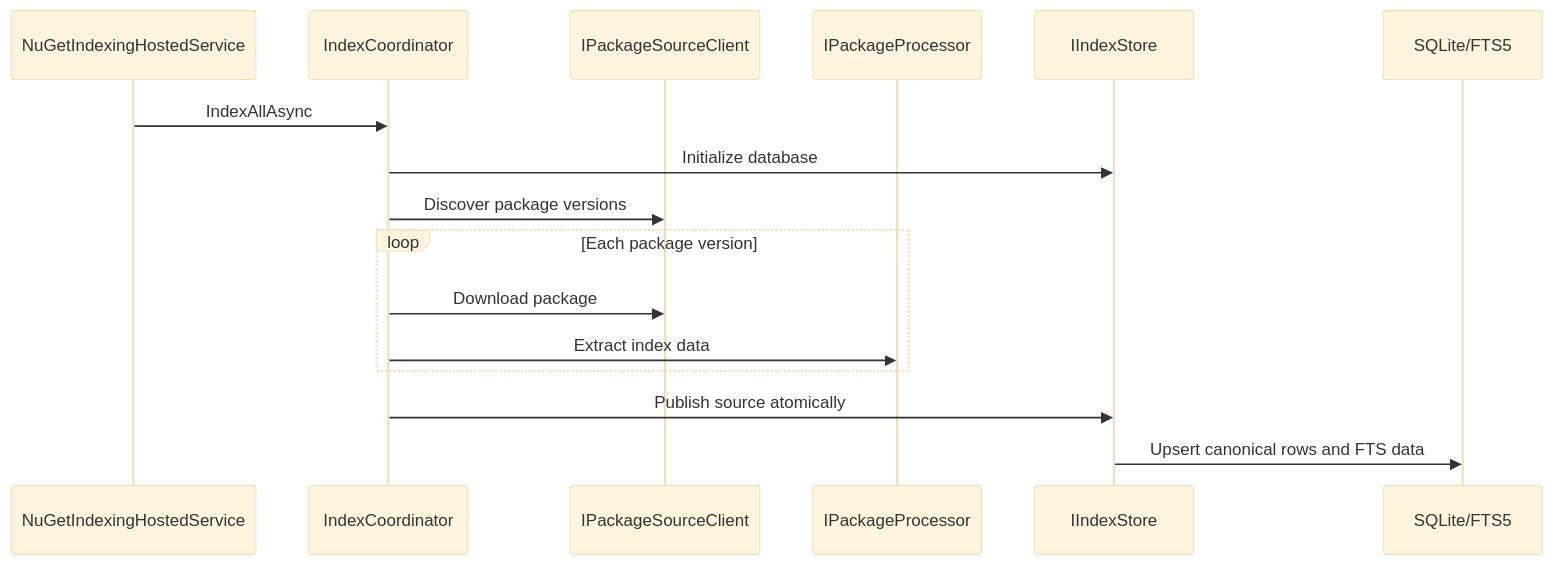
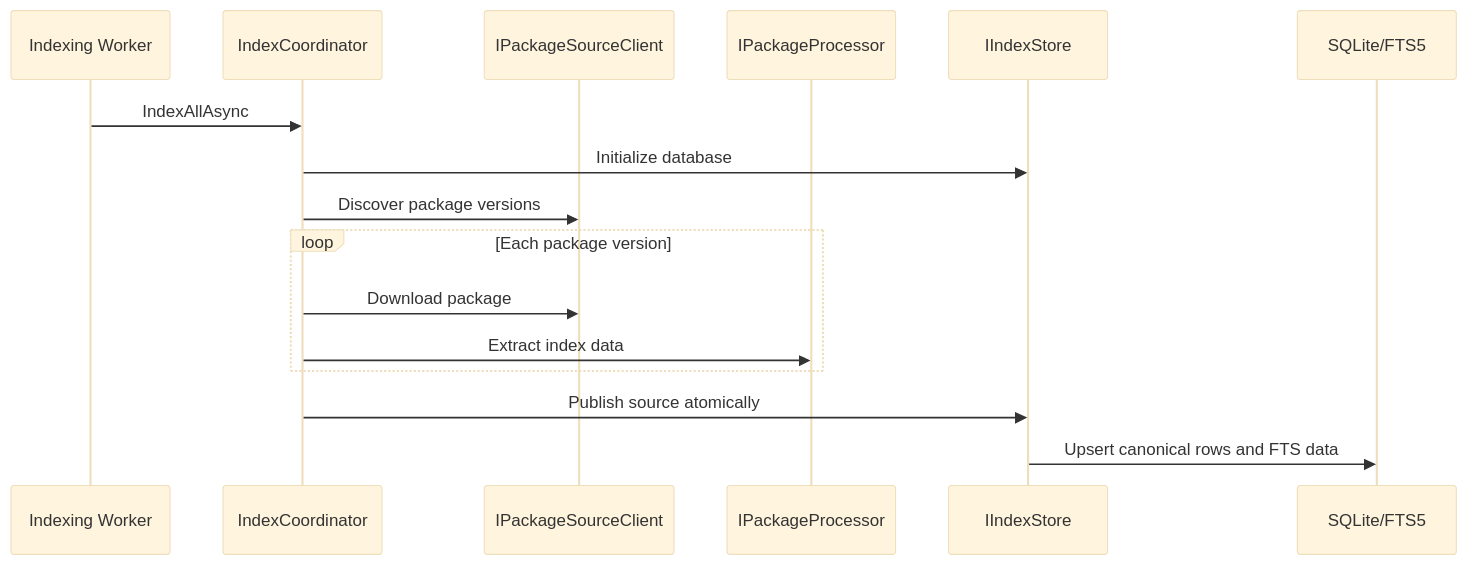
One commit to sbuyevich/mcp-doc-server changed the second of 3 diagrams in design/architecture.md. Above: the diagram before and after it, drawn with Mermaid (base theme). The commit also changed other lines of this file and 117 other files, not shown here.

````diff
--- a/design/architecture.md
+++ b/design/architecture.md
@@ -133,19 +157,19 @@
 ```mermaid
 sequenceDiagram
-    participant Hosted as NuGetIndexingHostedService
+    participant Worker as Indexing Worker
     participant Coordinator as IndexCoordinator
     participant Source as IPackageSourceClient
     participant Processor as IPackageProcessor
     participant Store as IIndexStore
     participant DB as SQLite/FTS5
 
-    Hosted->>Coordinator: IndexAllAsync
+    Worker->>Coordinator: IndexAllAsync
     Coordinator->>Store: Initialize database
     Coordinator->>Source: Discover package versions
     loop Each package version
         Coordinator->>Source: Download package
         Coordinator->>Processor: Extract index data
     end
     Coordinator->>Store: Publish source atomically
     Store->>DB: Upsert canonical rows and FTS data
 ```
````
